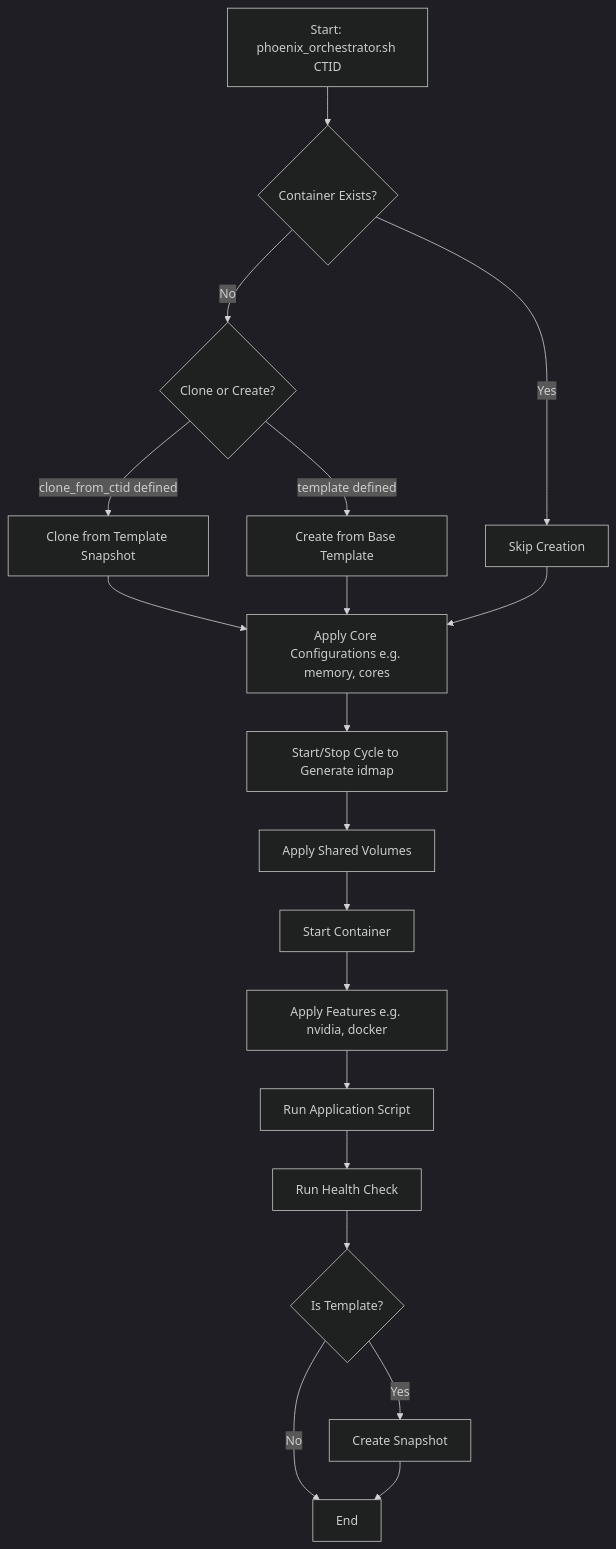
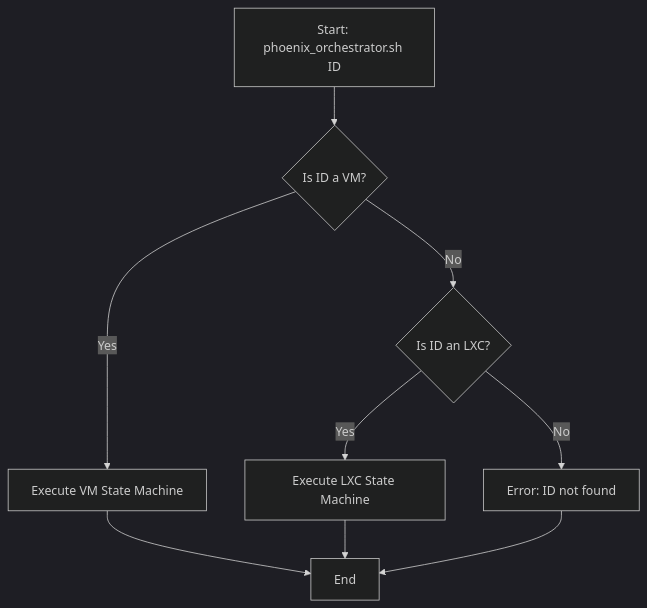
The second of 2 diagrams in Thinkheads.AI_docs/03_phoenix_hypervisor_implementation/00_guides/00_system_architecture_guide.md (SirHeads/Testing-ideas), drawn with Mermaid (dark theme) before and after one commit. The commit also changed other lines of this file and 31 other files, not shown here.

````diff
--- a/Thinkheads.AI_docs/03_phoenix_hypervisor_implementation/00_guides/00_system_architecture_guide.md
+++ b/Thinkheads.AI_docs/03_phoenix_hypervisor_implementation/00_guides/00_system_architecture_guide.md
@@ -70,21 +71,11 @@
 ```mermaid
 graph TD
-    A[Start: phoenix_orchestrator.sh CTID] --> B{Container Exists?};
-    B -- No --> C{Clone or Create?};
-    B -- Yes --> H[Skip Creation];
-    C -- clone_from_ctid defined --> D[Clone from Template Snapshot];
-    C -- template defined --> E[Create from Base Template];
-    D --> F[Apply Core Configurations e.g. memory, cores];
-    E --> F;
-    H --> F;
-    F --> G[Start/Stop Cycle to Generate idmap];
-    G --> I[Apply Shared Volumes];
-    I --> J[Start Container];
-    J --> K[Apply Features e.g. nvidia, docker];
-    K --> L[Run Application Script];
-    L --> M[Run Health Check];
-    M --> N{Is Template?};
-    N -- Yes --> O[Create Snapshot];
-    N -- No --> P[End];
-    O --> P;
+    A[Start: phoenix_orchestrator.sh ID] --> B{Is ID a VM?};
+    B -- Yes --> VM_Flow[Execute VM State Machine];
+    B -- No --> C{Is ID an LXC?};
+    C -- Yes --> LXC_Flow[Execute LXC State Machine];
+    C -- No --> Error[Error: ID not found];
+    VM_Flow --> End;
+    LXC_Flow --> End;
+    Error --> End;
 ```
````
